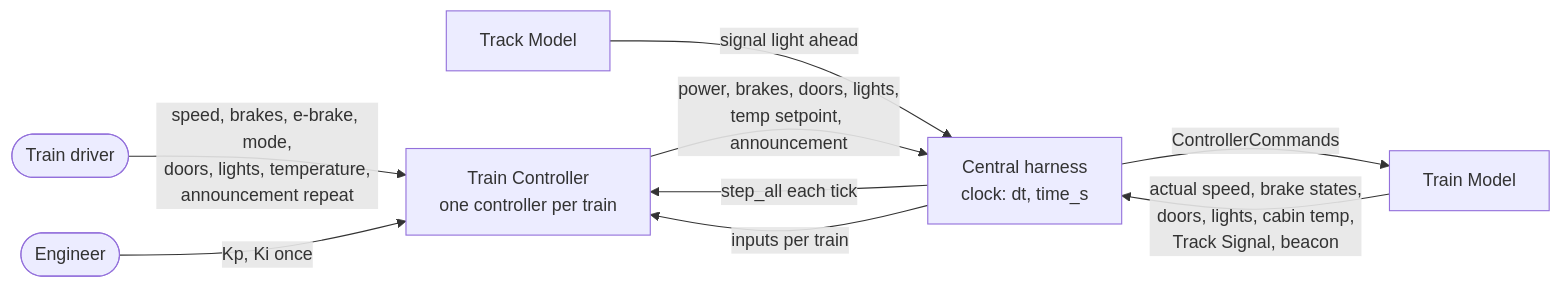
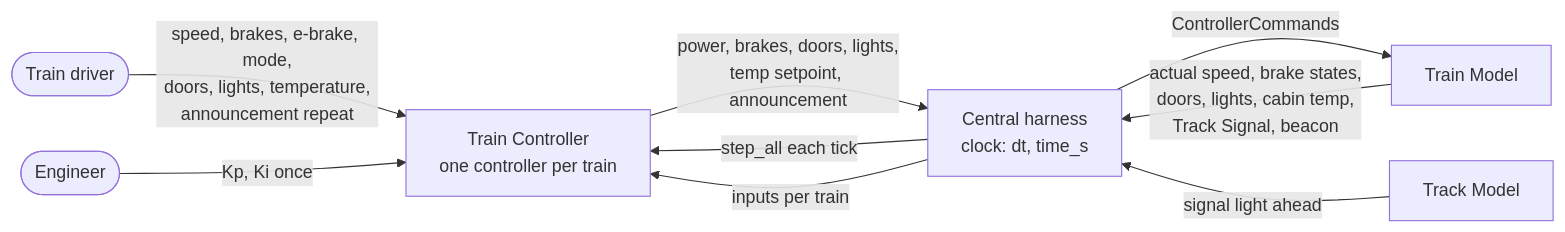
One commit to Landiss04/Track-Overflow changed the first of 10 diagrams in documents/Railway_Sim_SDD_Train_Controller.md. Above: the diagram before and after it, drawn with Mermaid. The commit also changed other lines of this file, not shown here.

First line of the commit message:
documents: SDD 001-context diagram laid out without overlaps

````diff
--- a/documents/Railway_Sim_SDD_Train_Controller.md
+++ b/documents/Railway_Sim_SDD_Train_Controller.md
@@ -235,11 +237,12 @@
   ```mermaid
   flowchart LR
-    Driver([Train driver]) -->|speed, brakes, e-brake, mode,<br/>doors, lights, temperature,<br/>announcement repeat| TC
+    Driver([Train driver]) -->|speed, brakes, e-brake, mode,<br/>doors, lights, temperature,<br/>announcement repeat| TC[Train Controller<br/>one controller per train]
     Engineer([Engineer]) -->|Kp, Ki once| TC
-    H[Central harness<br/>clock: dt, time_s] -->|step_all each tick| TC
-    TM[Train Model] -->|actual speed, brake states,<br/>doors, lights, cabin temp,<br/>Track Signal, beacon| H
-    TK[Track Model] -->|signal light ahead| H
-    H -->|inputs per train| TC[Train Controller<br/>one controller per train]
-    TC -->|power, brakes, doors, lights,<br/>temp setpoint, announcement| H
-    H -->|ControllerCommands| TM
+    TC -->|power, brakes, doors, lights,<br/>temp setpoint, announcement| H[Central harness<br/>clock: dt, time_s]
+    H -->|step_all each tick| TC
+    H -->|inputs per train| TC
+    H -->|ControllerCommands| TM[Train Model]
+    TM -->|actual speed, brake states,<br/>doors, lights, cabin temp,<br/>Track Signal, beacon| H
+    H ~~~ TK[Track Model]
+    TK -->|signal light ahead| H
   ```
````
